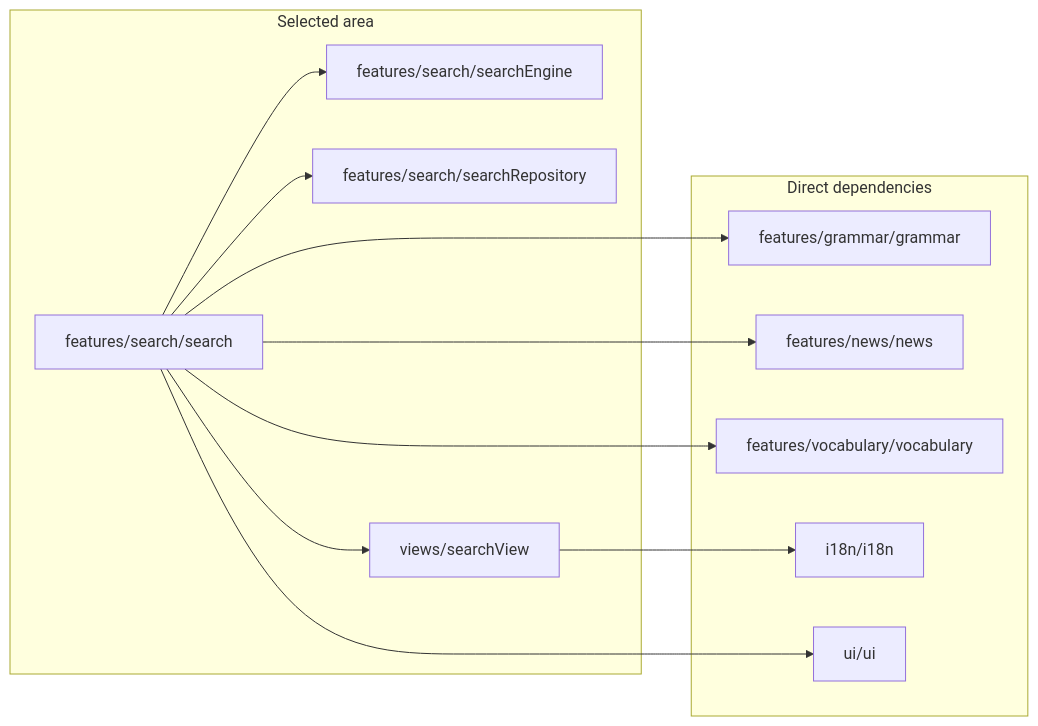
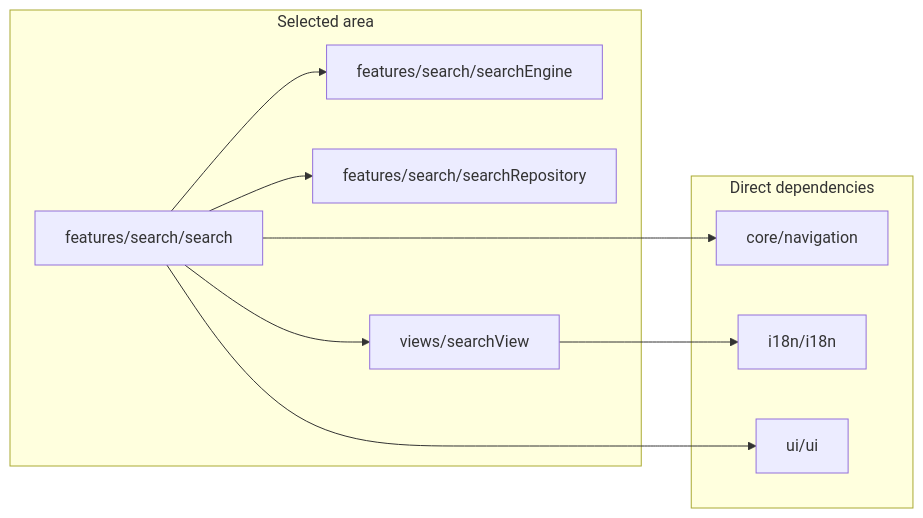
The ninth of 12 diagrams in docs/dependency-graph.md (temsahak-rgb/Dino-5monde), drawn with Mermaid before and after one commit. The commit also changed other lines of this file, not shown here.

Commit message:
docs: update dependency graph [skip ci]

````diff
--- a/docs/dependency-graph.md
+++ b/docs/dependency-graph.md
@@ -259,24 +263,20 @@
 ```mermaid
 flowchart LR
     subgraph S["Selected area"]
         M0["features/search/search"]
         M1["features/search/searchEngine"]
         M2["features/search/searchRepository"]
         M3["views/searchView"]
     end
     subgraph D["Direct dependencies"]
-        M4["features/grammar/grammar"]
-        M5["features/news/news"]
-        M6["features/vocabulary/vocabulary"]
-        M7["i18n/i18n"]
-        M8["ui/ui"]
+        M4["core/navigation"]
+        M5["i18n/i18n"]
+        M6["ui/ui"]
     end
     M0 --> M4
-    M0 --> M5
     M0 --> M1
     M0 --> M2
     M0 --> M6
-    M0 --> M8
     M0 --> M3
-    M3 --> M7
+    M3 --> M5
 ```
````
